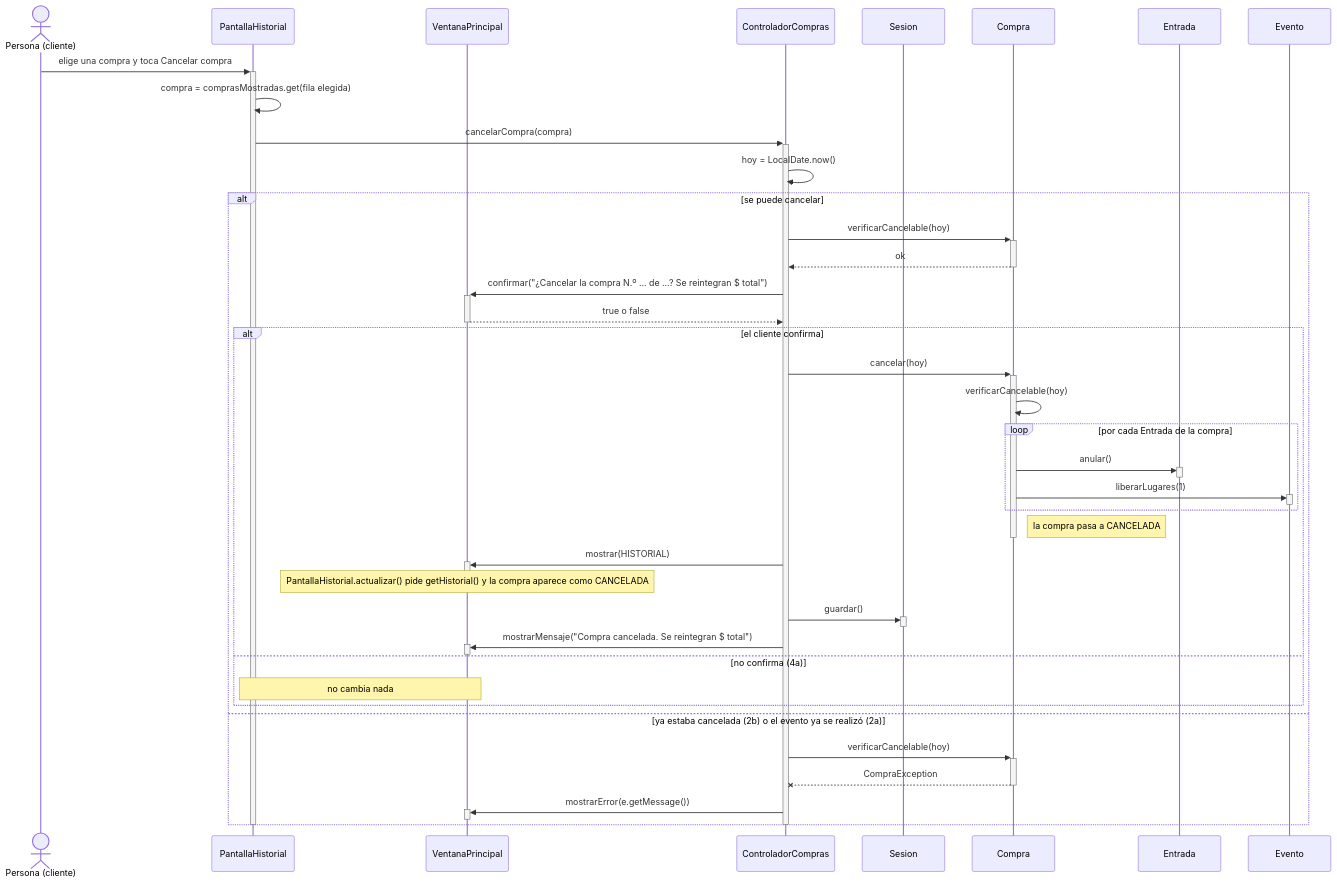
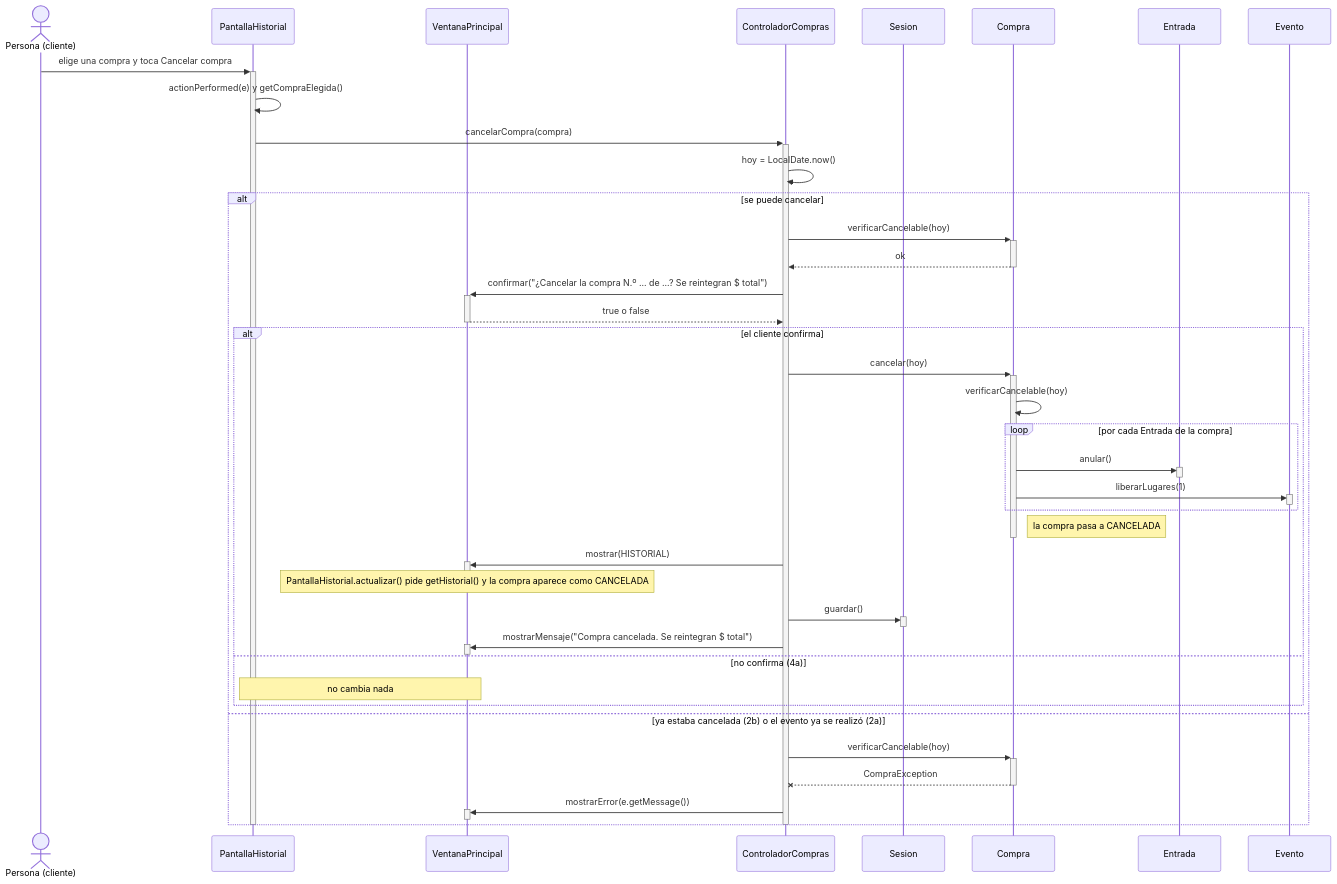
The diagram in docs/diseno/secuencias/CU14-cancelar-compra.md (AgustinSimonenco/gestion-eventos-musicales), drawn with Mermaid before and after one commit. The commit also changed 11 other files, not shown here.

First line of the commit message:
Diagramas: cruce completo con el codigo y correcciones

````diff
--- a/docs/diseno/secuencias/CU14-cancelar-compra.md
+++ b/docs/diseno/secuencias/CU14-cancelar-compra.md
@@ -9,50 +9,50 @@
 ```mermaid
 sequenceDiagram
     actor U as Persona (cliente)
     participant P as PantallaHistorial
     participant V as VentanaPrincipal
     participant C as ControladorCompras
     participant S as Sesion
     participant Co as Compra
     participant En as Entrada
     participant E as Evento
 
     U->>+P: elige una compra y toca Cancelar compra
-    P->>P: compra = comprasMostradas.get(fila elegida)
+    P->>P: actionPerformed(e) y getCompraElegida()
     P->>+C: cancelarCompra(compra)
     C->>C: hoy = LocalDate.now()
     alt se puede cancelar
         C->>+Co: verificarCancelable(hoy)
         Co-->>-C: ok
         C->>+V: confirmar("¿Cancelar la compra N.º ... de ...? Se reintegran $ total")
         V-->>-C: true o false
         alt el cliente confirma
             C->>+Co: cancelar(hoy)
             Co->>Co: verificarCancelable(hoy)
             loop por cada Entrada de la compra
                 Co->>+En: anular()
                 deactivate En
                 Co->>+E: liberarLugares(1)
                 deactivate E
             end
             Note right of Co: la compra pasa a CANCELADA
             deactivate Co
             C->>+V: mostrar(HISTORIAL)
             deactivate V
             Note over V: PantallaHistorial.actualizar() pide getHistorial() y la compra aparece como CANCELADA
             C->>+S: guardar()
             deactivate S
             C->>+V: mostrarMensaje("Compra cancelada. Se reintegran $ total")
             deactivate V
         else no confirma (4a)
             Note over P,V: no cambia nada
         end
     else ya estaba cancelada (2b) o el evento ya se realizó (2a)
         C->>+Co: verificarCancelable(hoy)
         Co--x-C: CompraException
         C->>+V: mostrarError(e.getMessage())
         deactivate V
     end
     deactivate C
     deactivate P
 ```
````
